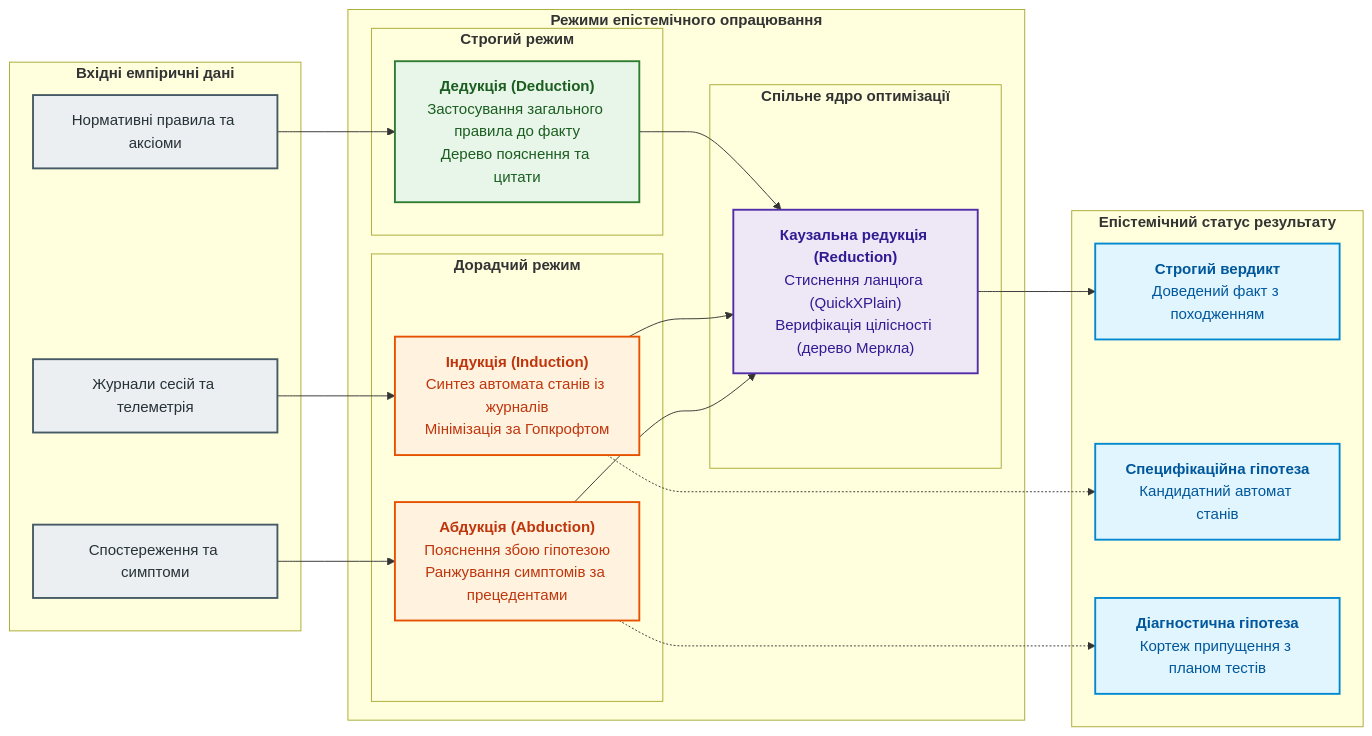
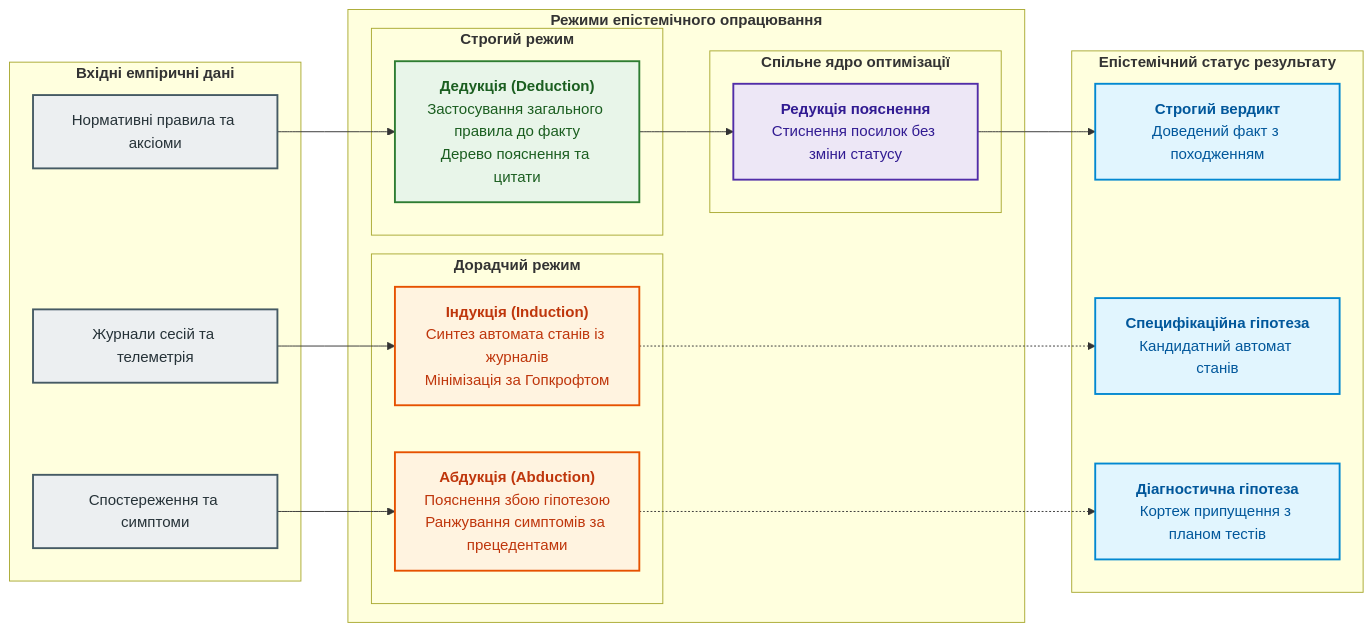
One commit to nick-fedchik/articles changed the third of 7 diagrams in ExpertSystem/ch28-dual-mode-expert-systems.md. Above: the diagram before and after it, drawn with Mermaid. The commit also changed other lines of this file and 7 other files, not shown here.

````diff
--- a/ExpertSystem/ch28-dual-mode-expert-systems.md
+++ b/ExpertSystem/ch28-dual-mode-expert-systems.md
@@ -234,56 +284,53 @@
 ```mermaid
 flowchart LR
     accTitle: Епістемічна тріада Пірса у дворежимній архітектурі виведення
     accDescr: Розподіл форм умовиводу за Пірсом між строгим і дорадчим режимами з оптимізаційною каузальною редукцією.
 
     subgraph InputData["<b>Вхідні емпіричні дані</b>"]
         D_EXP["Спостереження та симптоми"]
         D_LOG["Журнали сесій та телеметрія"]
         D_AXIOM["Нормативні правила та аксіоми"]
     end
 
     subgraph Modes["<b>Режими епістемічного опрацювання</b>"]
         subgraph StrictMode["<b>Строгий режим</b>"]
             DED["<b>Дедукція (Deduction)</b><br/>Застосування загального правила до факту<br/>Дерево пояснення та цитати"]
         end
 
         subgraph AdvisoryMode["<b>Дорадчий режим</b>"]
             IND["<b>Індукція (Induction)</b><br/>Синтез автомата станів із журналів<br/>Мінімізація за Гопкрофтом"]
             ABD["<b>Абдукція (Abduction)</b><br/>Пояснення збою гіпотезою<br/>Ранжування симптомів за прецедентами"]
         end
 
         subgraph SharedCore["<b>Спільне ядро оптимізації</b>"]
-            RED["<b>Каузальна редукція (Reduction)</b><br/>Стиснення ланцюга (QuickXPlain)<br/>Верифікація цілісності (дерево Меркла)"]
+            RED["<b>Редукція пояснення</b><br/>Стиснення посилок без зміни статусу"]
         end
     end
 
     subgraph OutputStatus["<b>Епістемічний статус результату</b>"]
         OUT_STRICT["<b>Строгий вердикт</b><br/>Доведений факт з походженням"]
         OUT_FSM["<b>Специфікаційна гіпотеза</b><br/>Кандидатний автомат станів"]
         OUT_DIAG["<b>Діагностична гіпотеза</b><br/>Кортеж припущення з планом тестів"]
     end
 
     D_AXIOM --> DED
     D_LOG --> IND
     D_EXP --> ABD
 
     DED --> RED
-    IND --> RED
-    ABD --> RED
-
     RED --> OUT_STRICT
     IND -.-> OUT_FSM
     ABD -.-> OUT_DIAG
 
     classDef inp fill:#eceff1,stroke:#455a64,stroke-width:2px,color:#263238;
     classDef str fill:#e8f5e9,stroke:#2e7d32,stroke-width:2px,color:#1b5e20;
     classDef adv fill:#fff3e0,stroke:#e65100,stroke-width:2px,color:#bf360c;
     classDef red fill:#ede7f6,stroke:#512da8,stroke-width:2px,color:#311b92;
     classDef out fill:#e1f5fe,stroke:#0288d1,stroke-width:2px,color:#01579b;
 
     class D_EXP,D_LOG,D_AXIOM inp;
     class DED str;
     class IND,ABD adv;
     class RED red;
     class OUT_STRICT,OUT_FSM,OUT_DIAG out;
 ```
````
